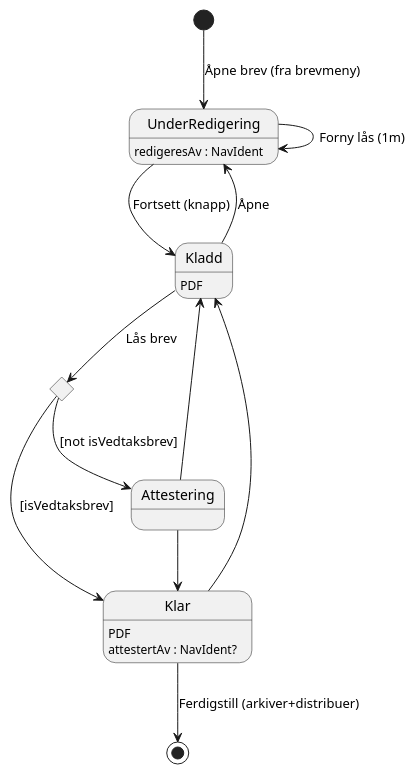
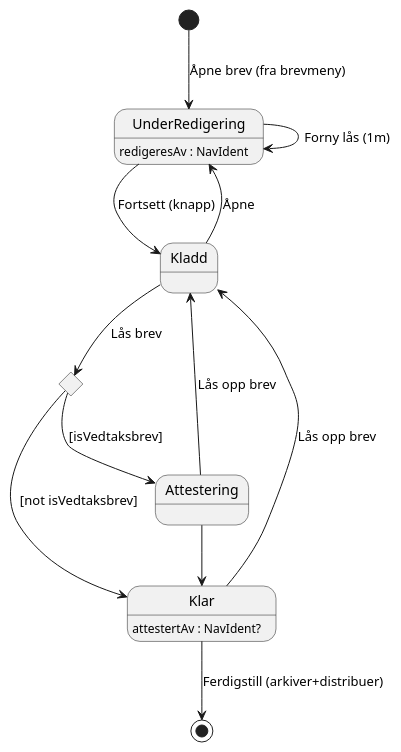
Before and after one commit to navikt/pensjonsbrev: the second of 2 diagrams in docs/skribenten.adoc, drawn with PlantUML.

Commit message:
Fiks status diagram brevredigering

```diff
--- a/docs/skribenten.adoc
+++ b/docs/skribenten.adoc
@@ -181,30 +181,28 @@
 [plantuml, target=img/brevredigering-state, format=svg]
 ....
 state UnderRedigering
 UnderRedigering : redigeresAv : NavIdent
 state Kladd
 state Attestering
 state Klar
-Klar : PDF
 Klar : attestertAv : NavIdent?
 
 state isVedtaksbrev <<choice>>
 
 [*] --> UnderRedigering : Åpne brev (fra brevmeny)
 UnderRedigering --> UnderRedigering : Forny lås (1m)
 UnderRedigering --> Kladd : Fortsett (knapp)
 
 Kladd --> UnderRedigering : Åpne
-Kladd : PDF
 Kladd --> isVedtaksbrev : Lås brev
 
-isVedtaksbrev --> Klar : [isVedtaksbrev]
-isVedtaksbrev --> Attestering : [not isVedtaksbrev]
+isVedtaksbrev --> Klar : [not isVedtaksbrev]
+isVedtaksbrev --> Attestering : [isVedtaksbrev]
 
 Attestering --> Klar
 
-Klar --> Kladd
-Attestering --> Kladd
+Klar --> Kladd : Lås opp brev
+Attestering --> Kladd : Lås opp brev
 
 Klar --> [*] : Ferdigstill (arkiver+distribuer)
 ....
```
